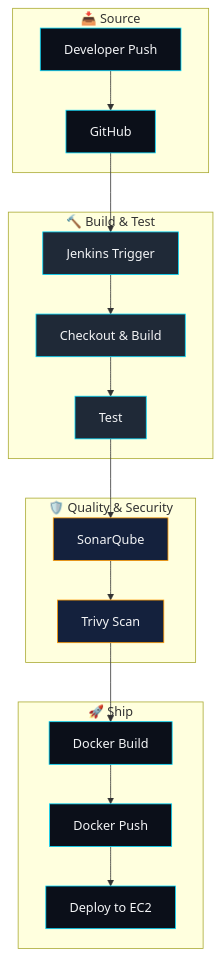
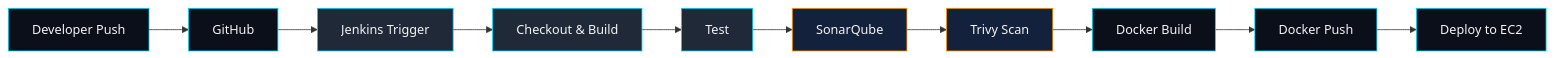
The diagram in README.md (Adityachandkaushik/Adityachandkaushik), drawn with Mermaid before and after one commit. The commit also changed other lines of this file, not shown here.

Commit message:
Revise DevOps workflow diagram in README
Updated DevOps workflow diagram to a linear flow and improved description.

````diff
--- a/README.md
+++ b/README.md
@@ -166,34 +166,23 @@
 ```mermaid
-flowchart TD
-    subgraph SRC[" 📥 Source "]
-        A[Developer Push] --> B[GitHub]
-    end
-
-    subgraph CI[" 🔨 Build & Test "]
-        B --> C[Jenkins Trigger]
-        C --> D[Checkout & Build]
-        D --> E[Test]
-    end
-
-    subgraph GATE[" 🛡️ Quality & Security "]
-        E --> F[SonarQube]
-        F --> G[Trivy Scan]
-    end
-
-    subgraph SHIP[" 🚀 Ship "]
-        G --> H[Docker Build]
-        H --> I[Docker Push]
-        I --> J[Deploy to EC2]
-    end
+flowchart LR
+    A[Developer Push] --> B[GitHub]
+    B --> C[Jenkins Trigger]
+    C --> D[Checkout & Build]
+    D --> E[Test]
+    E --> F[SonarQube]
+    F --> G[Trivy Scan]
+    G --> H[Docker Build]
+    H --> I[Docker Push]
+    I --> J[Deploy to EC2]
 
     style A fill:#0B0F19,stroke:#00D9FF,color:#F3F4F6
     style B fill:#0B0F19,stroke:#00D9FF,color:#F3F4F6
     style C fill:#1F2937,stroke:#00D9FF,color:#F3F4F6
     style D fill:#1F2937,stroke:#00D9FF,color:#F3F4F6
     style E fill:#1F2937,stroke:#00D9FF,color:#F3F4F6
     style F fill:#14213D,stroke:#FF9900,color:#F3F4F6
     style G fill:#14213D,stroke:#FF9900,color:#F3F4F6
     style H fill:#0B0F19,stroke:#00D9FF,color:#F3F4F6
     style I fill:#0B0F19,stroke:#00D9FF,color:#F3F4F6
     style J fill:#0B0F19,stroke:#00D9FF,color:#F3F4F6
 ```
````
